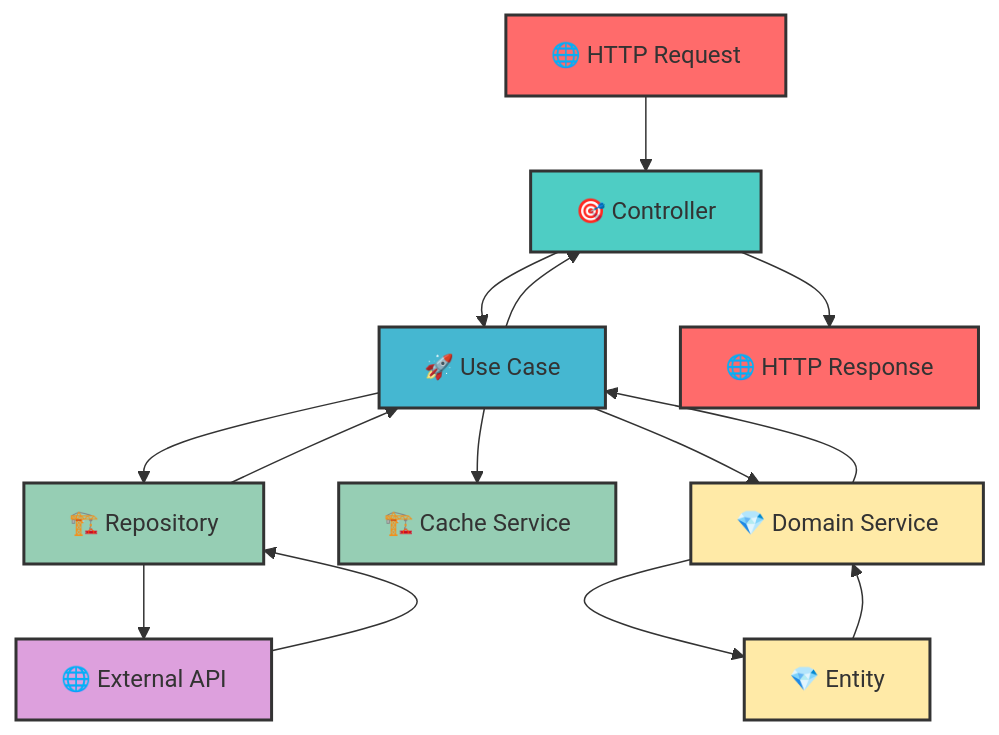
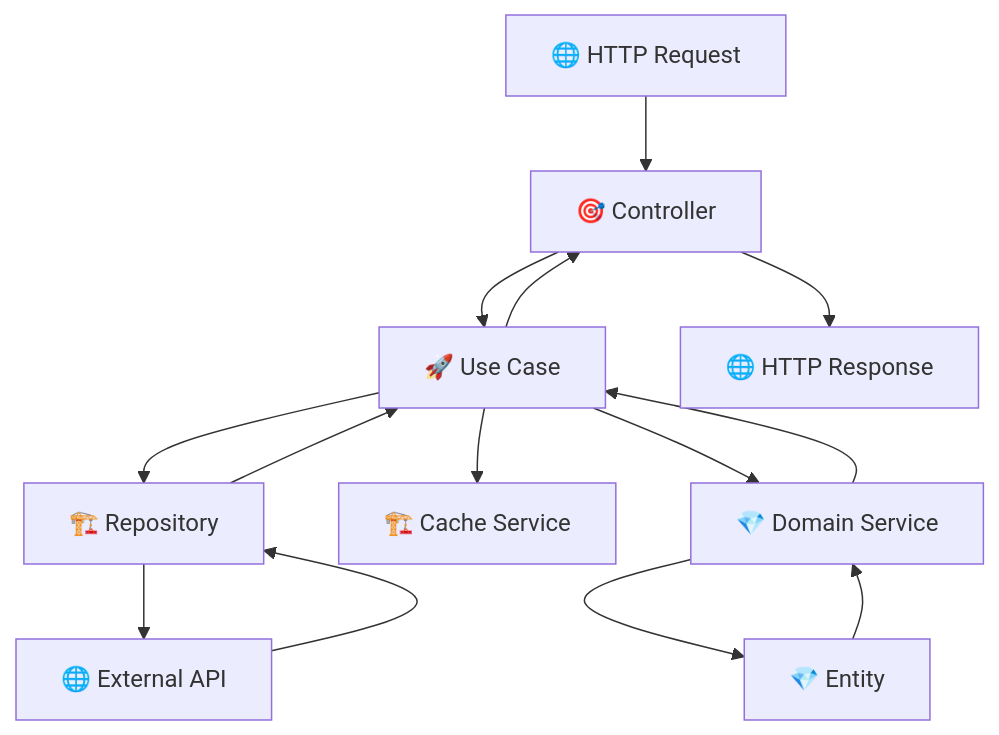
One commit to felipesanchez-dev/micafe-api changed the second of 7 diagrams in README.md. Above: the diagram before and after it, drawn with Mermaid. The commit also changed other lines of this file, not shown here.

````diff
--- a/README.md
+++ b/README.md
@@ -109,30 +109,24 @@
 ```mermaid
 flowchart TD
     A[🌐 HTTP Request] --> B[🎯 Controller]
     B --> C[🚀 Use Case]
     C --> D[🏗️ Repository]
     D --> E[🌐 External API]
     E --> D
     D --> C
     C --> F[🏗️ Cache Service]
     C --> G[💎 Domain Service]
     G --> H[💎 Entity]
     H --> G
     G --> C
     C --> B
     B --> I[🌐 HTTP Response]
-    
-    classDef request fill:#FF6B6B,stroke:#333,stroke-width:2px
-    classDef controller fill:#4ECDC4,stroke:#333,stroke-width:2px
-    classDef usecase fill:#45B7D1,stroke:#333,stroke-width:2px
-    classDef repository fill:#96CEB4,stroke:#333,stroke-width:2px
-    classDef domain fill:#FFEAA7,stroke:#333,stroke-width:2px
-    classDef response fill:#DDA0DD,stroke:#333,stroke-width:2px
-    
+
+
     class A,I request
     class B controller
     class C usecase
     class D,F repository
     class G,H domain
     class E response
 ```
````
